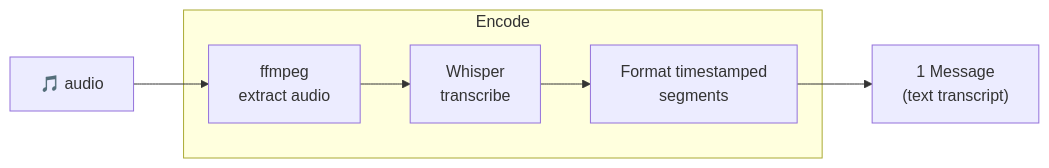
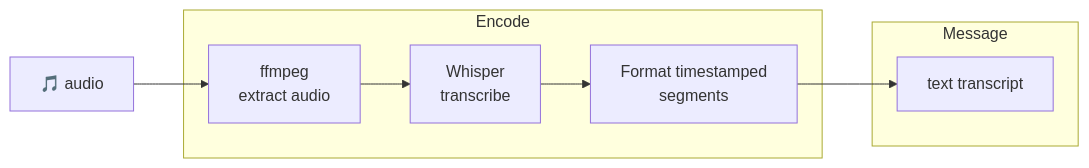
One commit to vlm-run/mm changed diagram 11 of 17 in docs/ENCODERS.md. Above: the diagram before and after it, drawn with Mermaid. The commit also changed other lines of this file and 1 other file, not shown here.

Commit message:
use a message block with subgroups

````diff
--- a/docs/ENCODERS.md
+++ b/docs/ENCODERS.md
@@ -253,14 +273,16 @@
 ```mermaid
 graph LR
   audio["🎵 audio"]
 
   subgraph encode ["Encode"]
     extract["ffmpeg\nextract audio"]
     whisper["Whisper\ntranscribe"]
     fmt["Format timestamped\nsegments"]
   end
 
-  msg["1 Message\n(text transcript)"]
+  subgraph message ["Message"]
+    msg["text transcript"]
+  end
 
   audio --> extract --> whisper --> fmt --> msg
 ```
````
